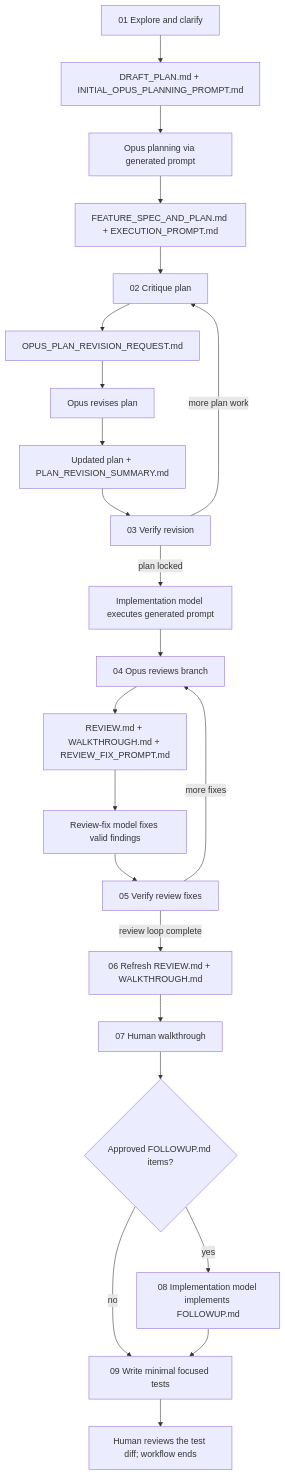
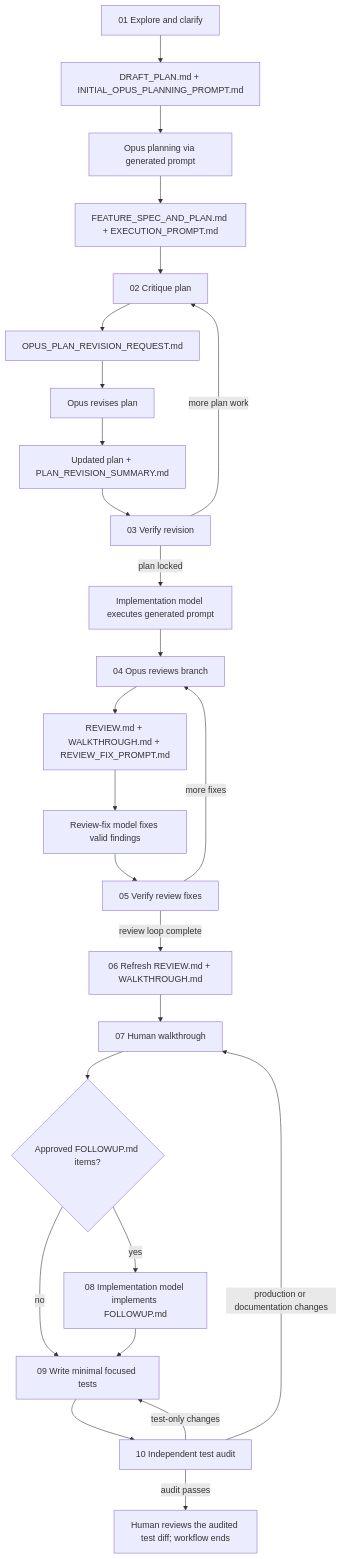
The diagram in README.md (viseshrp/ai-coding-workflow), drawn with Mermaid before and after one commit. The commit also changed other lines of this file and 10 other files, not shown here.

First line of the commit message:
Add independent test audit phase

````diff
--- a/README.md
+++ b/README.md
@@ -9,25 +9,28 @@
 ```mermaid
 flowchart TD
     A["01 Explore and clarify"] --> B["DRAFT_PLAN.md + INITIAL_OPUS_PLANNING_PROMPT.md"]
     B --> C["Opus planning via generated prompt"]
     C --> D["FEATURE_SPEC_AND_PLAN.md + EXECUTION_PROMPT.md"]
     D --> E["02 Critique plan"]
     E --> F["OPUS_PLAN_REVISION_REQUEST.md"]
     F --> G["Opus revises plan"]
     G --> H["Updated plan + PLAN_REVISION_SUMMARY.md"]
     H --> I["03 Verify revision"]
     I -- "more plan work" --> E
     I -- "plan locked" --> J["Implementation model executes generated prompt"]
     J --> K["04 Opus reviews branch"]
     K --> L["REVIEW.md + WALKTHROUGH.md + REVIEW_FIX_PROMPT.md"]
     L --> M["Review-fix model fixes valid findings"]
     M --> N["05 Verify review fixes"]
     N -- "more fixes" --> K
     N -- "review loop complete" --> O["06 Refresh REVIEW.md + WALKTHROUGH.md"]
     O --> P["07 Human walkthrough"]
     P --> Q{"Approved FOLLOWUP.md items?"}
     Q -- "yes" --> R["08 Implementation model implements FOLLOWUP.md"]
     Q -- "no" --> S["09 Write minimal focused tests"]
     R --> S
-    S --> T["Human reviews the test diff; workflow ends"]
+    S --> T["10 Independent test audit"]
+    T -- "test-only changes" --> S
+    T -- "production or documentation changes" --> P
+    T -- "audit passes" --> U["Human reviews the audited test diff; workflow ends"]
 ```
````
